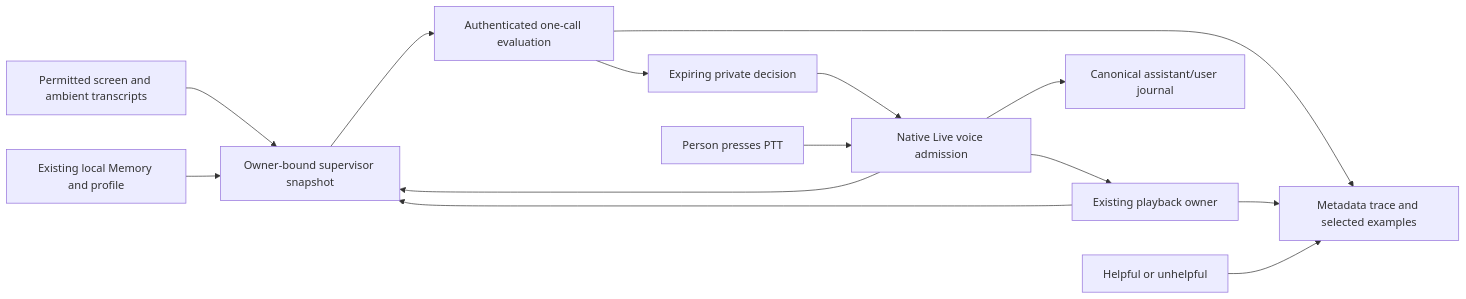
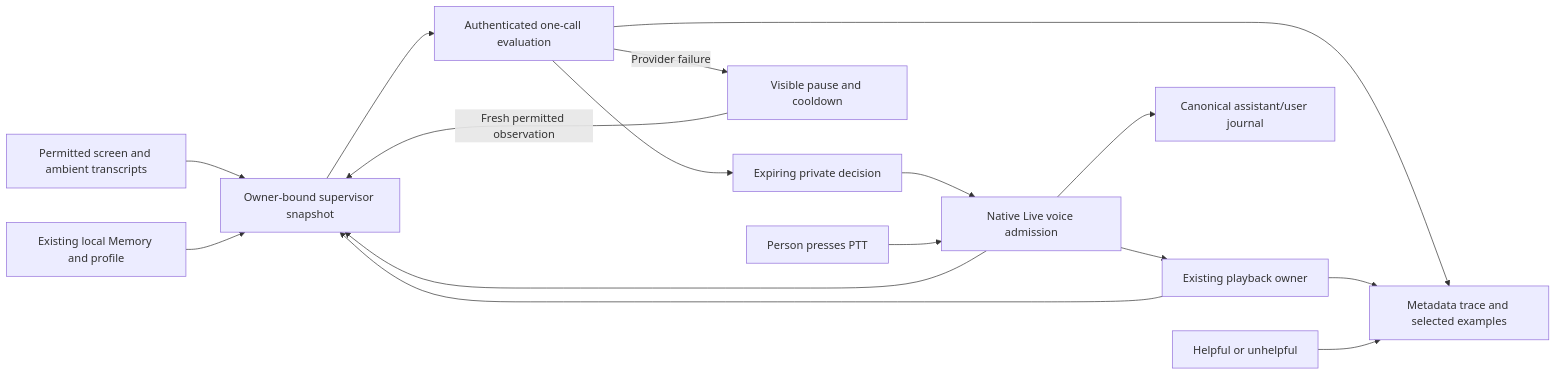
The diagram in openwiki/codebase/workflows/supervisor-conversation.md (sruj75/knowledge-athlete), drawn with Mermaid before and after one commit. The commit also changed other lines of this file and 9 other files, not shown here.

````diff
--- a/openwiki/codebase/workflows/supervisor-conversation.md
+++ b/openwiki/codebase/workflows/supervisor-conversation.md
@@ -60,16 +64,18 @@
 ```mermaid
 flowchart LR
   Capture[Permitted screen and ambient transcripts] --> B[Owner-bound supervisor snapshot]
   Local[Existing local Memory and profile] --> B
   B --> Evaluate[Authenticated one-call evaluation]
   Evaluate --> Note[Expiring private decision]
+  Evaluate -->|Provider failure| Pause[Visible pause and cooldown]
+  Pause -->|Fresh permitted observation| B
   Note --> A[Native Live voice admission]
   C[Person presses PTT] --> A
   A --> Playback[Existing playback owner]
   A --> Journal[Canonical assistant/user journal]
   Playback --> B
   A --> B
   Evaluate --> Trace[Metadata trace and selected examples]
   Playback --> Trace
   Feedback[Helpful or unhelpful] --> Trace
 ```
````
